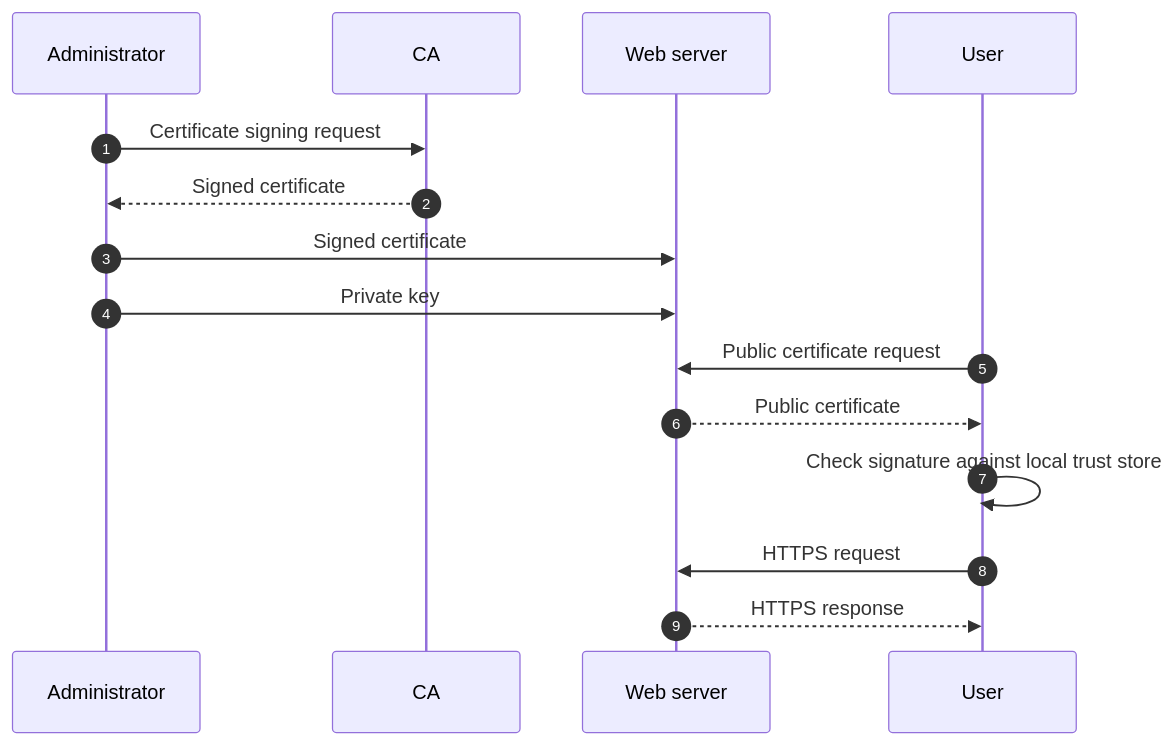
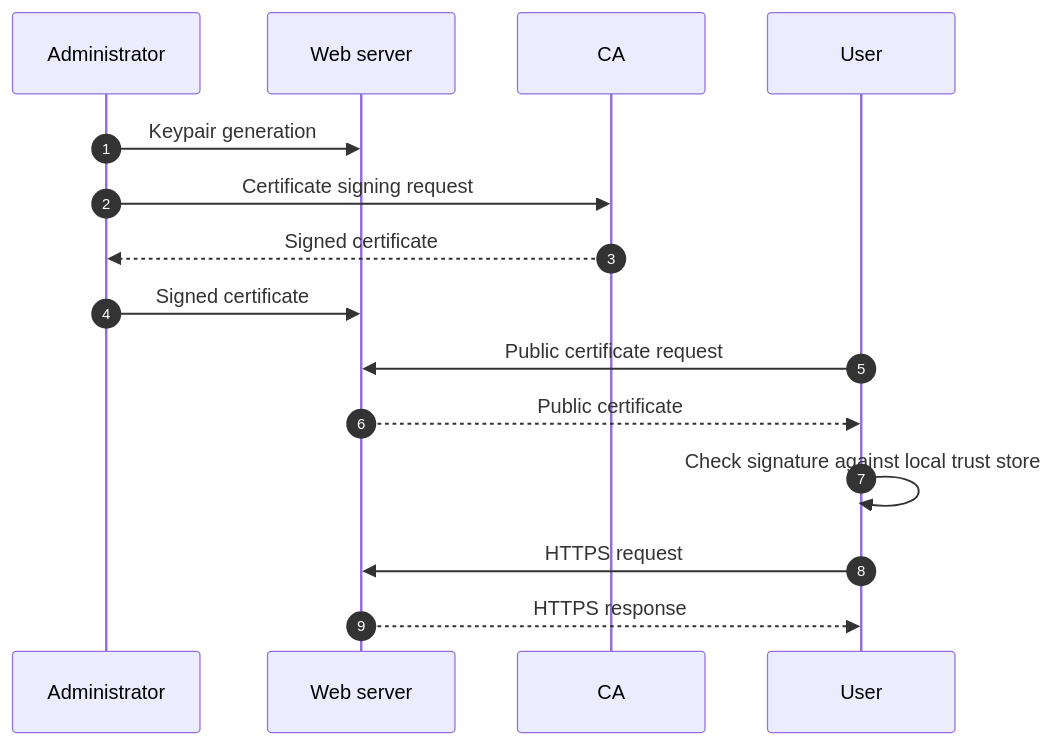
The diagram in lectures/security.md (fglmtt/admin), drawn with Mermaid before and after one commit. The commit also changed other lines of this file, not shown here.

````diff
--- a/lectures/security.md
+++ b/lectures/security.md
@@ -502,13 +392,13 @@
 ```mermaid
 sequenceDiagram
     autonumber
+    Administrator ->> Web server: Keypair generation
     Administrator ->> CA: Certificate signing request
     CA -->> Administrator: Signed certificate
     Administrator ->> Web server: Signed certificate
-    Administrator ->> Web server: Private key
     User ->> Web server: Public certificate request
     Web server -->> User: Public certificate
     User ->> User: Check signature against local trust store
     User ->> Web server: HTTPS request
     Web server -->> User: HTTPS response
 ```
````
